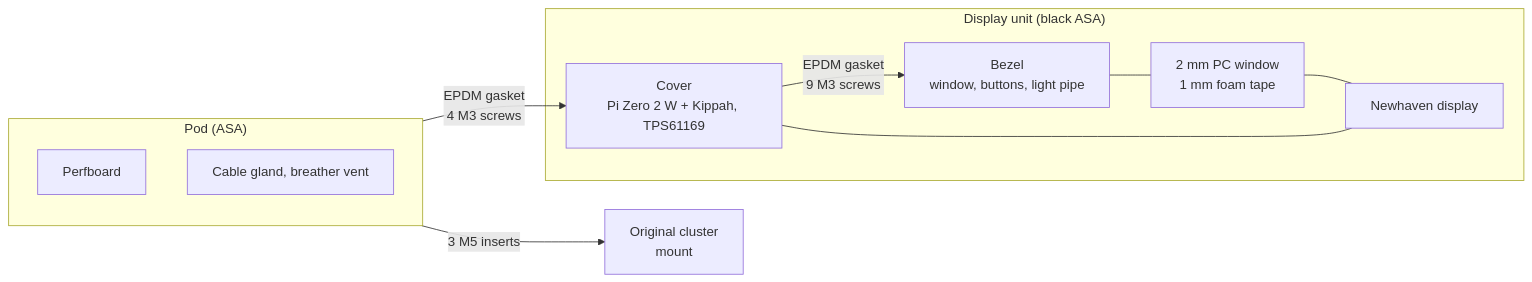
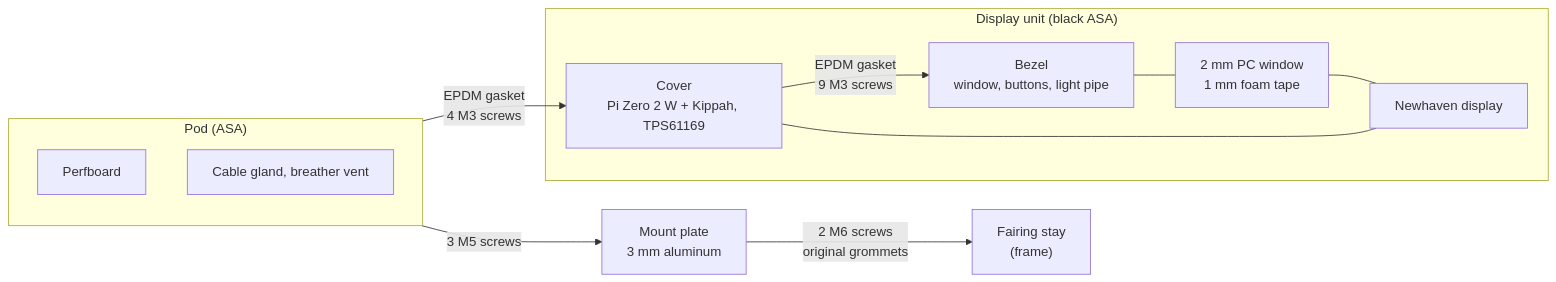
Before and after one commit to frascella-dev/tdm-dash: the diagram in docs/manual/07-enclosure-and-bracket.md, drawn with Mermaid. The commit also changed other lines of this file and 25 other files, not shown here.

````diff
--- a/docs/manual/07-enclosure-and-bracket.md
+++ b/docs/manual/07-enclosure-and-bracket.md
@@ -36,17 +38,18 @@
 ```mermaid
 flowchart LR
   subgraph U["Display unit (black ASA)"]
     F["Bezel<br/>window, buttons, light pipe"]
     W["2 mm PC window<br/>1 mm foam tape"]
     P["Newhaven display"]
     C["Cover<br/>Pi Zero 2 W + Kippah, TPS61169"]
   end
   subgraph R["Pod (ASA)"]
     PB["Perfboard"]
     G["Cable gland, breather vent"]
   end
   F --- W --- P --- C
   C -- "EPDM gasket<br/>9 M3 screws" --> F
   R -- "EPDM gasket<br/>4 M3 screws" --> C
-  R -- "3 M5 inserts" --> S["Original cluster<br/>mount"]
+  R -- "3 M5 screws" --> M["Mount plate<br/>3 mm aluminum"]
+  M -- "2 M6 screws<br/>original grommets" --> S["Fairing stay<br/>(frame)"]
 ```
````
